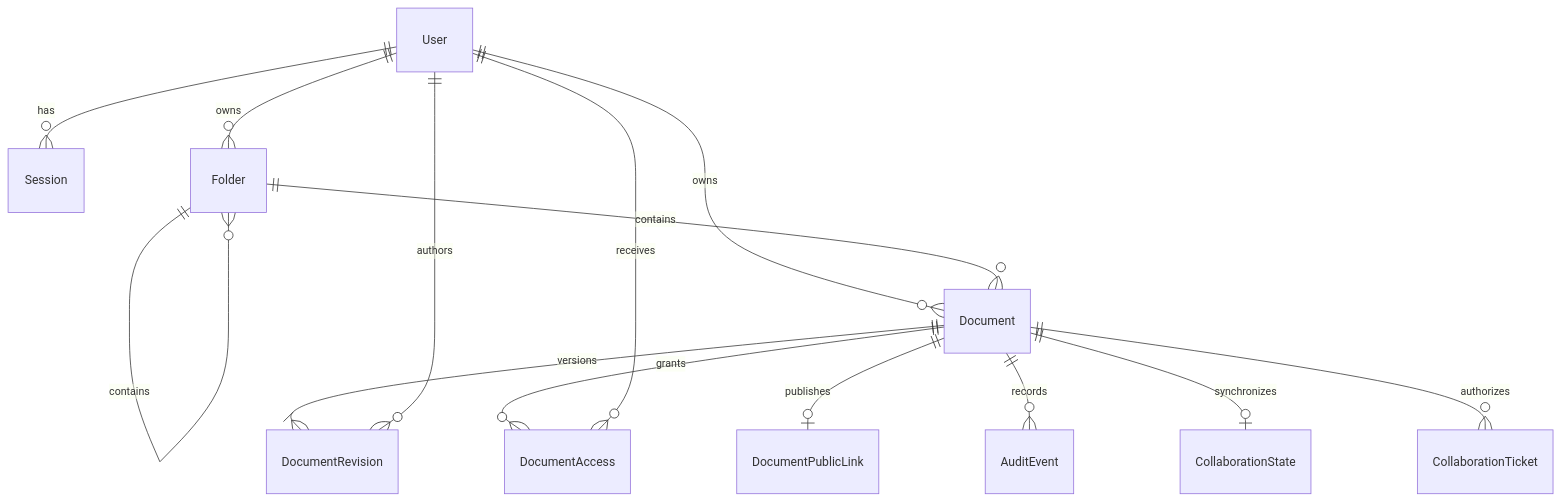
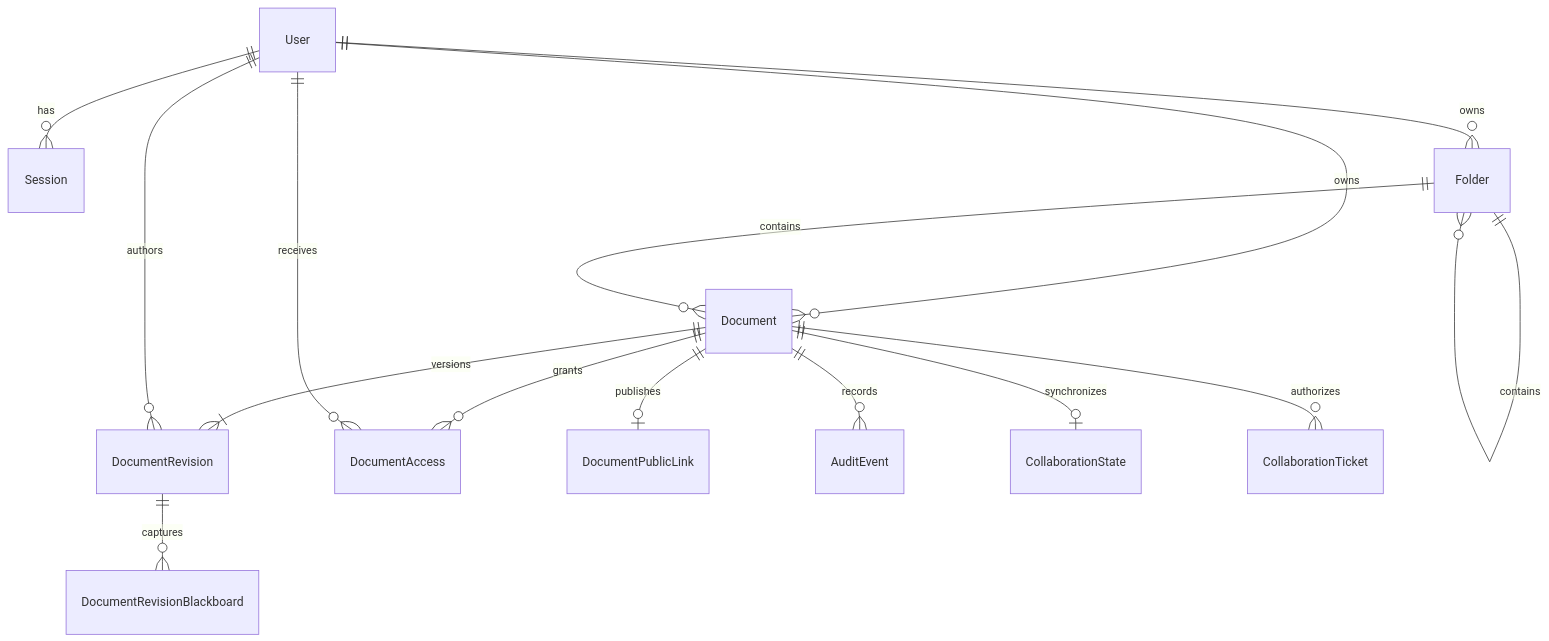
Before and after one commit to bombzj/TeamMD: the diagram in docs/data-model.md, drawn with Mermaid. The commit also changed other lines of this file and 32 other files, not shown here.

````diff
--- a/docs/data-model.md
+++ b/docs/data-model.md
@@ -7,16 +7,17 @@
 ```mermaid
 erDiagram
   User ||--o{ Session : has
   User ||--o{ Folder : owns
   User ||--o{ Document : owns
   Folder ||--o{ Folder : contains
   Folder ||--o{ Document : contains
   Document ||--|{ DocumentRevision : versions
+  DocumentRevision ||--o{ DocumentRevisionBlackboard : captures
   User ||--o{ DocumentRevision : authors
   Document ||--o{ DocumentAccess : grants
   User ||--o{ DocumentAccess : receives
   Document ||--o| DocumentPublicLink : publishes
   Document ||--o{ AuditEvent : records
   Document ||--o| CollaborationState : synchronizes
   Document ||--o{ CollaborationTicket : authorizes
 ```
````
